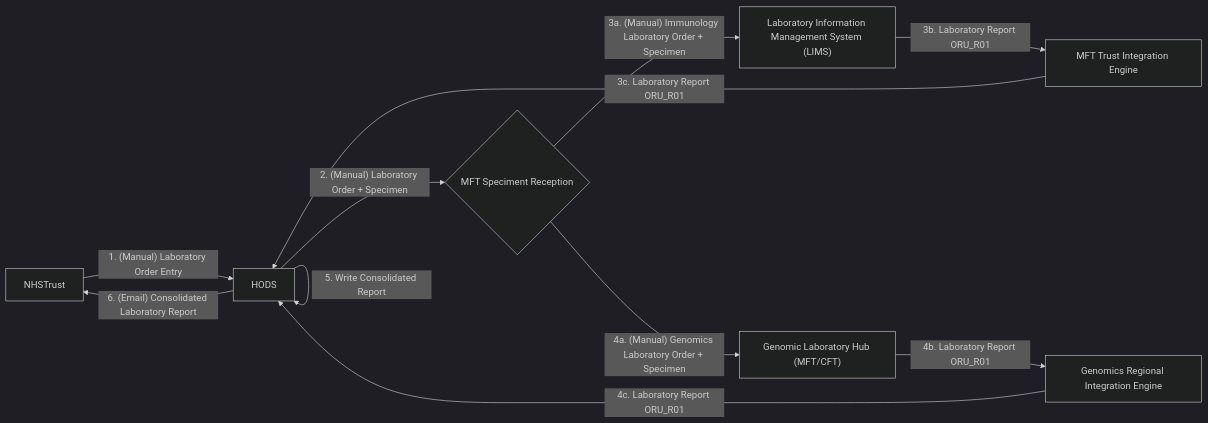
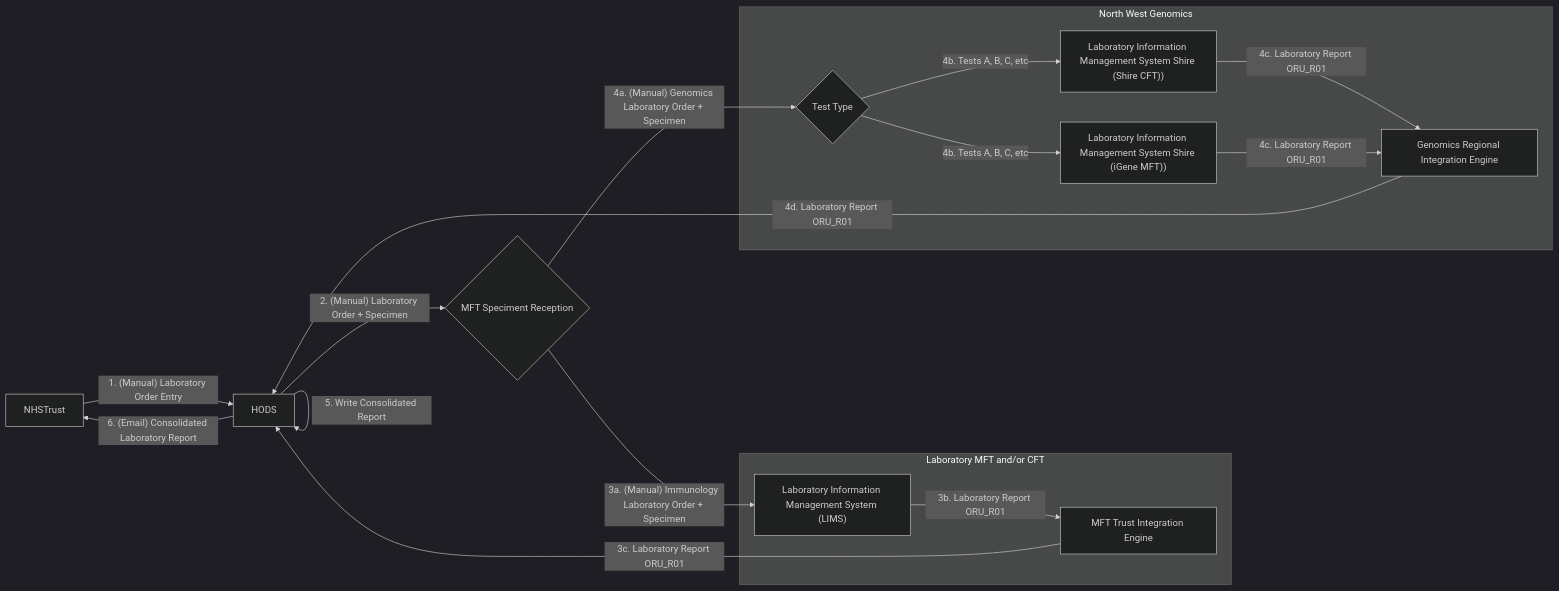
The diagram in input/pagecontent/hods.md (uk-gov-mirror/nw-gmsa.nw-gmsa.github.com), drawn with Mermaid (dark theme) before and after one commit. The commit also changed other lines of this file, not shown here.

Commit message:
Updated HODS business process description

````diff
--- a/input/pagecontent/hods.md
+++ b/input/pagecontent/hods.md
@@ -5,14 +5,26 @@
 ```mermaid
 graph LR
     NHSTrust --> |"1. (Manual) Laboratory Order Entry"| HODS
     HODS --> |"2. (Manual) Laboratory Order + Specimen"| MFTReception{MFT Speciment Reception}
     MFTReception --> |"3a. (Manual) Immunology Laboratory Order + Specimen"| LIMS["Laboratory Information Management System (LIMS)"]
    
-    LIMS --> |3b. Laboratory Report ORU_R01| TIE[MFT Trust Integration Engine]
+    subgraph Laboratory[Laboratory MFT and/or CFT]
+    
+        LIMS --> |3b. Laboratory Report ORU_R01| TIE[MFT Trust Integration Engine]
+        
+    end 
     TIE --> |3c. Laboratory Report ORU_R01| HODS
-    MFTReception --> |"4a. (Manual) Genomics Laboratory Order + Specimen"| GLH["Genomic Laboratory Hub (MFT/CFT)"]
-    GLH --> |4b. Laboratory Report ORU_R01| RIE 
-    RIE["Genomics Regional Integration Engine"] --> |4c. Laboratory Report ORU_R01| HODS
+    MFTReception --> |"4a. (Manual) Genomics Laboratory Order + Specimen"| TestType
+    subgraph NWGenomics[North West Genomics]
+        TestType{Test Type} --> |4b. Tests A, B, C, etc| GLHS
+        TestType{Test Type} --> |4b. Tests A, B, C, etc| GLHI
+        GLHS["Laboratory Information Management System Shire (Shire CFT))"]
+        GLHS --> |4c. Laboratory Report ORU_R01| RIE 
+        GLHI["Laboratory Information Management System Shire (iGene MFT))"]
+        GLHI --> |4c. Laboratory Report ORU_R01| RIE 
+        
+    end
+    RIE["Genomics Regional Integration Engine"] --> |4d. Laboratory Report ORU_R01| HODS
     HODS --> |5. Write Consolidated Report| HODS
     HODS --> |"6. (Email) Consolidated Laboratory Report"| NHSTrust
 ```
````
